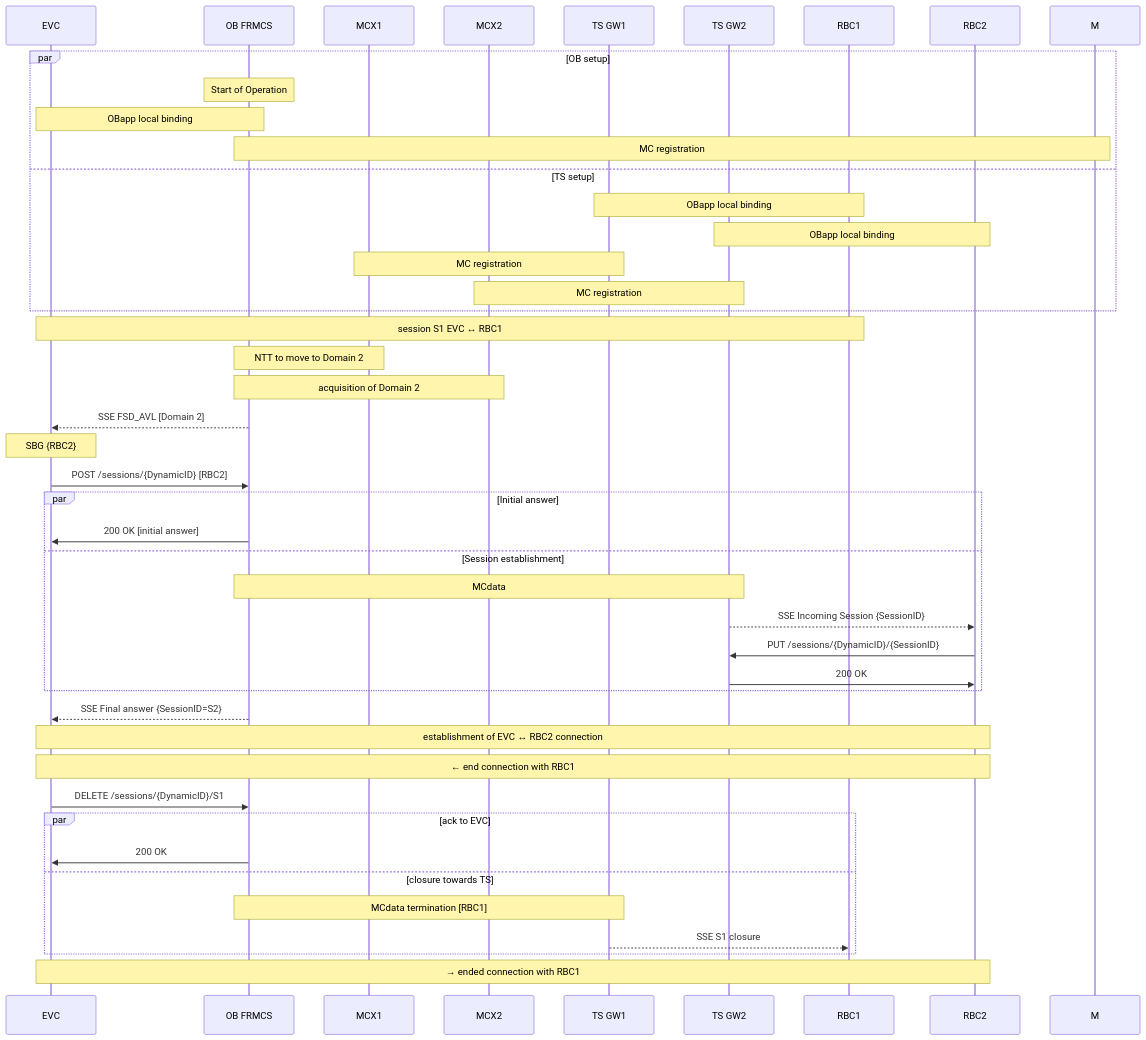
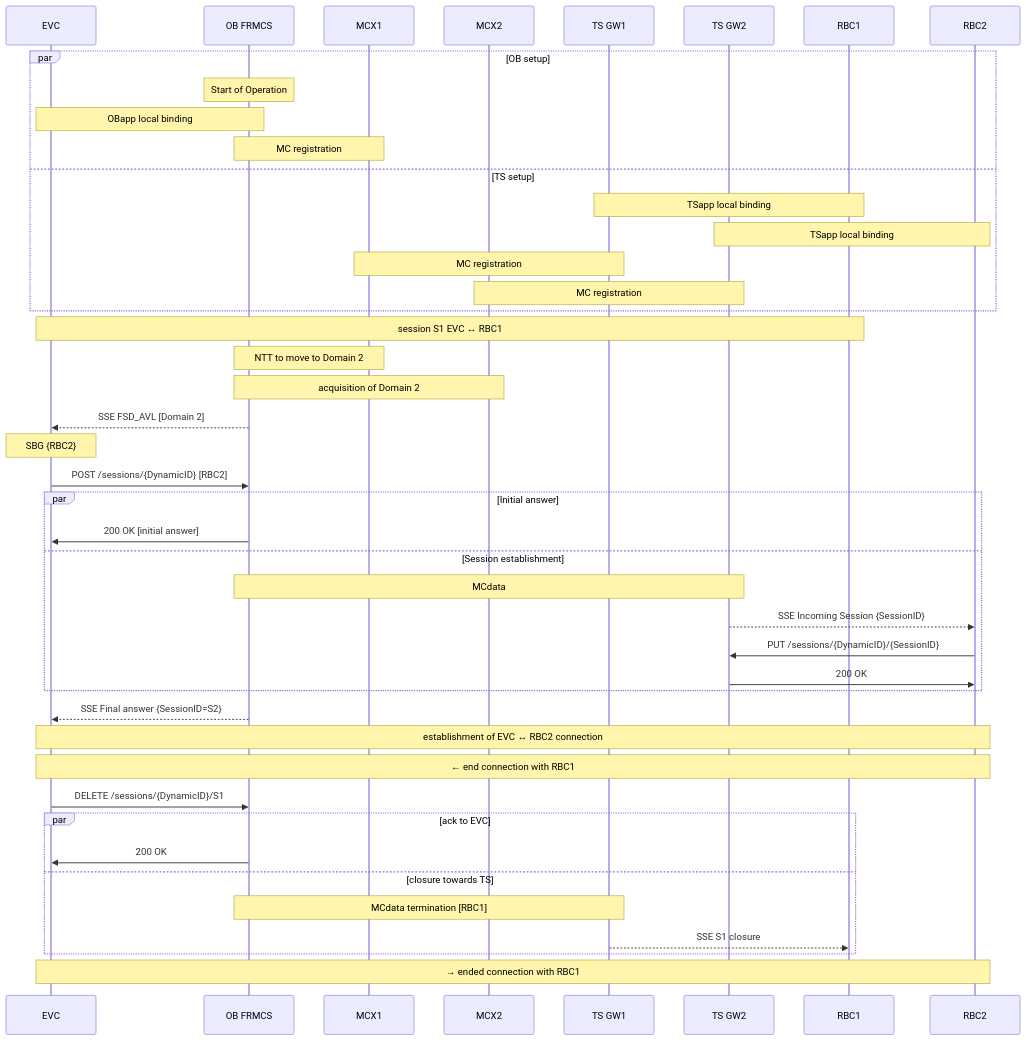
One commit to UICrail/FRMCSSandbox changed the fourth of 4 diagrams in API/README.md. Above: the diagram before and after it, drawn with Mermaid. The commit also changed other lines of this file, not shown here.

````diff
--- a/API/README.md
+++ b/API/README.md
@@ -148,56 +148,56 @@
 ```mermaid
 
 sequenceDiagram
 participant A as EVC
 participant O as OB FRMCS
 participant M1 as MCX1
 participant M2 as MCX2
 participant T1 as TS GW1
 participant T2 as TS GW2
 participant B1 as RBC1
 participant B2 as RBC2
 
 par OB setup
 	Note over O: Start of Operation 
 	Note over A,O: OBapp local binding
-	Note over O,M:	MC registration
+	Note over O,M1:	MC registration
 and TS setup
-	Note over B1,T1: OBapp local binding
-	Note over B2,T2: OBapp local binding
+	Note over B1,T1: TSapp local binding
+	Note over B2,T2: TSapp local binding
 	Note over T1,M1: MC registration
 	Note over T2,M2: MC registration
 end
 
 % existing session with B1
 Note over A,B1: session S1 EVC ↔ RBC1
 
 % BXL
 Note over O,M1: NTT to move to Domain 2
 Note over O,M2: acquisition of Domain 2
 O-->>A: SSE FSD_AVL [Domain 2]
 
 % establishment of session to B2
 Note over A:	SBG {RBC2}
 
 A->>O:	POST /sessions/{DynamicID} [RBC2]
 par Initial answer
 	O->>A:	200 OK [initial answer]
 and Session establishment
 	Note over O,T2: MCdata
 	T2-->>B2:	SSE Incoming Session {SessionID}
 	B2->>T2:	PUT /sessions/{DynamicID}/{SessionID}
 	T2->>B2: 200 OK
 end
 O-->>A:	SSE Final answer {SessionID=S2}	
 Note over A,B2: establishment of EVC ↔ RBC2 connection
 Note over A,B2: ← end connection with RBC1
 A->>O:	DELETE /sessions/{DynamicID}/S1
 par ack to EVC
 	O->>A:	200 OK
 and closure towards TS
 	Note over O,T1:	MCdata termination [RBC1]
 	T1-->>B1: SSE S1 closure
 end
 Note over A,B2: → ended connection with RBC1
 
 ```
````
